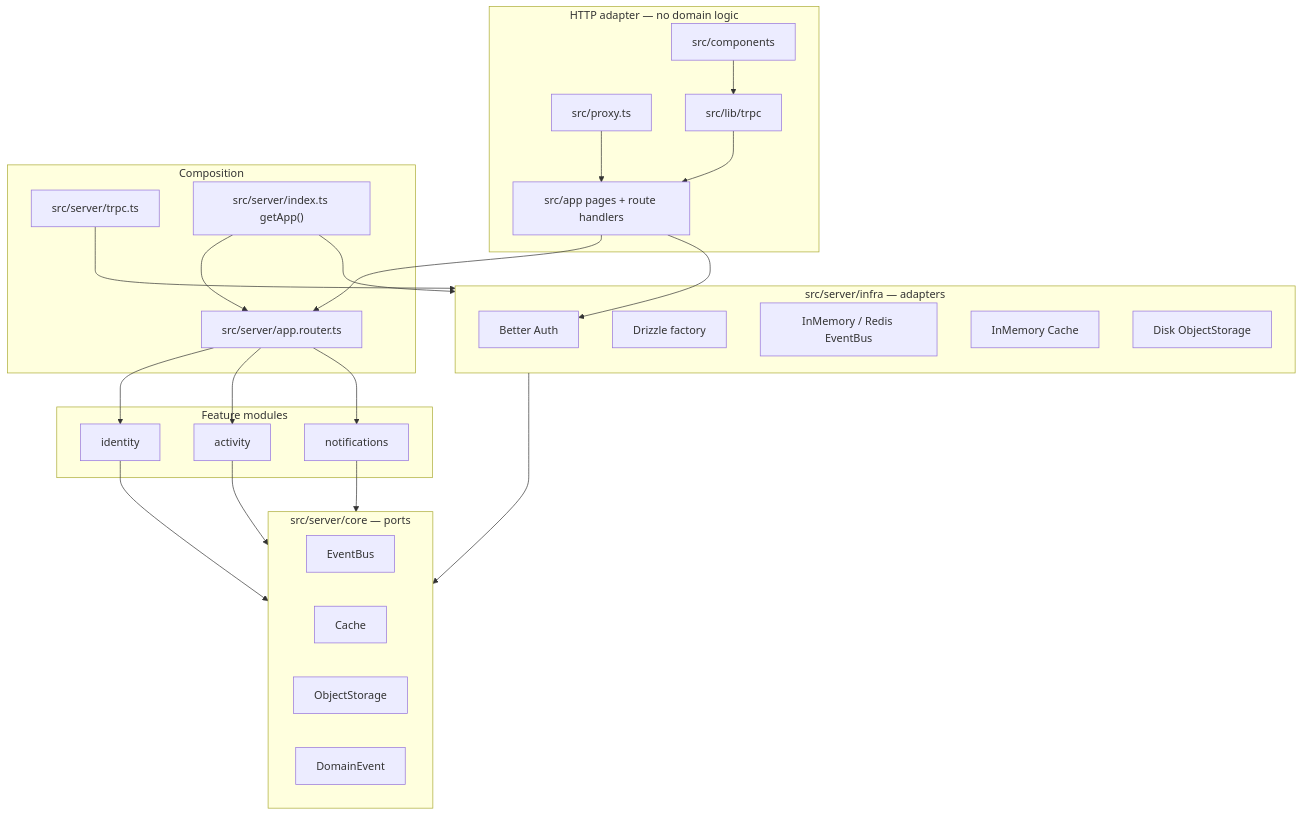
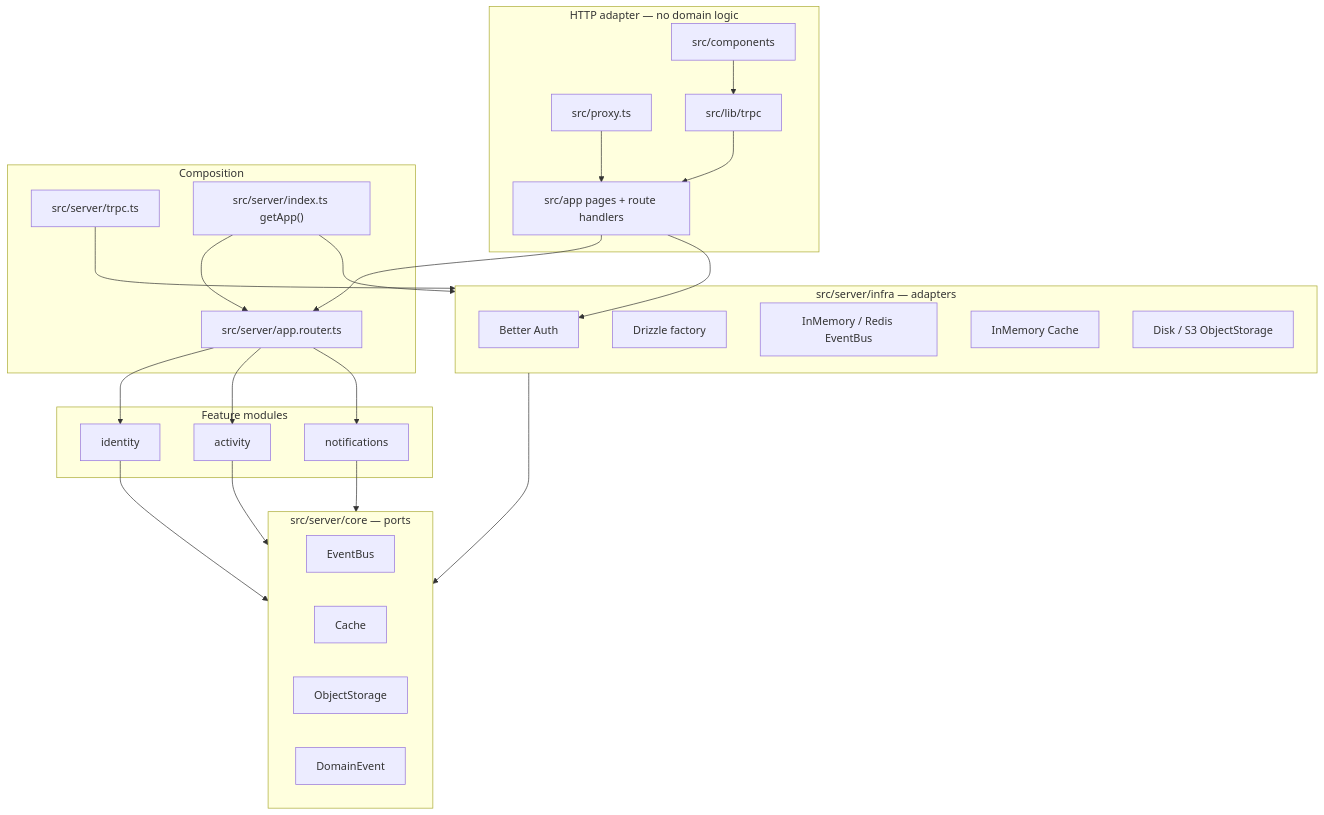
One commit to cobeo2004/anzen changed the first of 2 diagrams in .docs/architecture.md. Above: the diagram before and after it, drawn with Mermaid. The commit also changed 4 other files, not shown here.

````diff
--- a/.docs/architecture.md
+++ b/.docs/architecture.md
@@ -7,52 +7,52 @@
 ```mermaid
 flowchart TB
   subgraph http["HTTP adapter — no domain logic"]
     pages["src/app pages + route handlers"]
     proxy["src/proxy.ts"]
     ui["src/components"]
     trpcClient["src/lib/trpc"]
   end
 
   subgraph compose["Composition"]
     appRouter["src/server/app.router.ts"]
     trpcCtx["src/server/trpc.ts"]
     getApp["src/server/index.ts getApp()"]
   end
 
   subgraph modules["Feature modules"]
     identity["identity"]
     activity["activity"]
     notifications["notifications"]
   end
 
   subgraph core["src/server/core — ports"]
     eventBus["EventBus"]
     cache["Cache"]
     storage["ObjectStorage"]
     domainEvent["DomainEvent"]
   end
 
   subgraph infra["src/server/infra — adapters"]
     auth["Better Auth"]
     db["Drizzle factory"]
     buses["InMemory / Redis EventBus"]
     memCache["InMemory Cache"]
-    disk["Disk ObjectStorage"]
+    disk["Disk / S3 ObjectStorage"]
   end
 
   ui --> trpcClient
   trpcClient --> pages
   proxy --> pages
   pages --> appRouter
   pages --> auth
   appRouter --> identity
   appRouter --> activity
   appRouter --> notifications
   trpcCtx --> infra
   identity --> core
   activity --> core
   notifications --> core
   infra --> core
   getApp --> infra
   getApp --> appRouter
 ```
````
